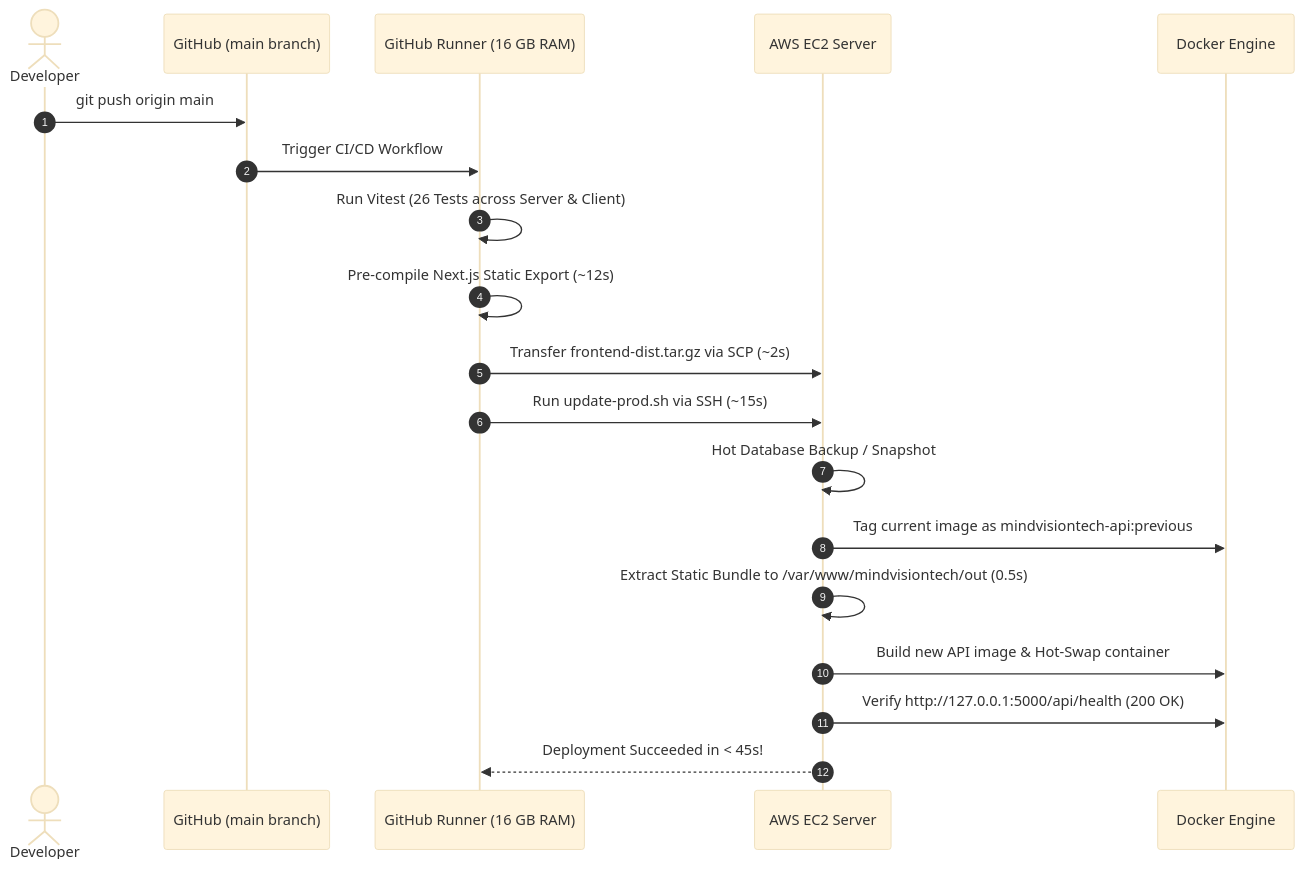
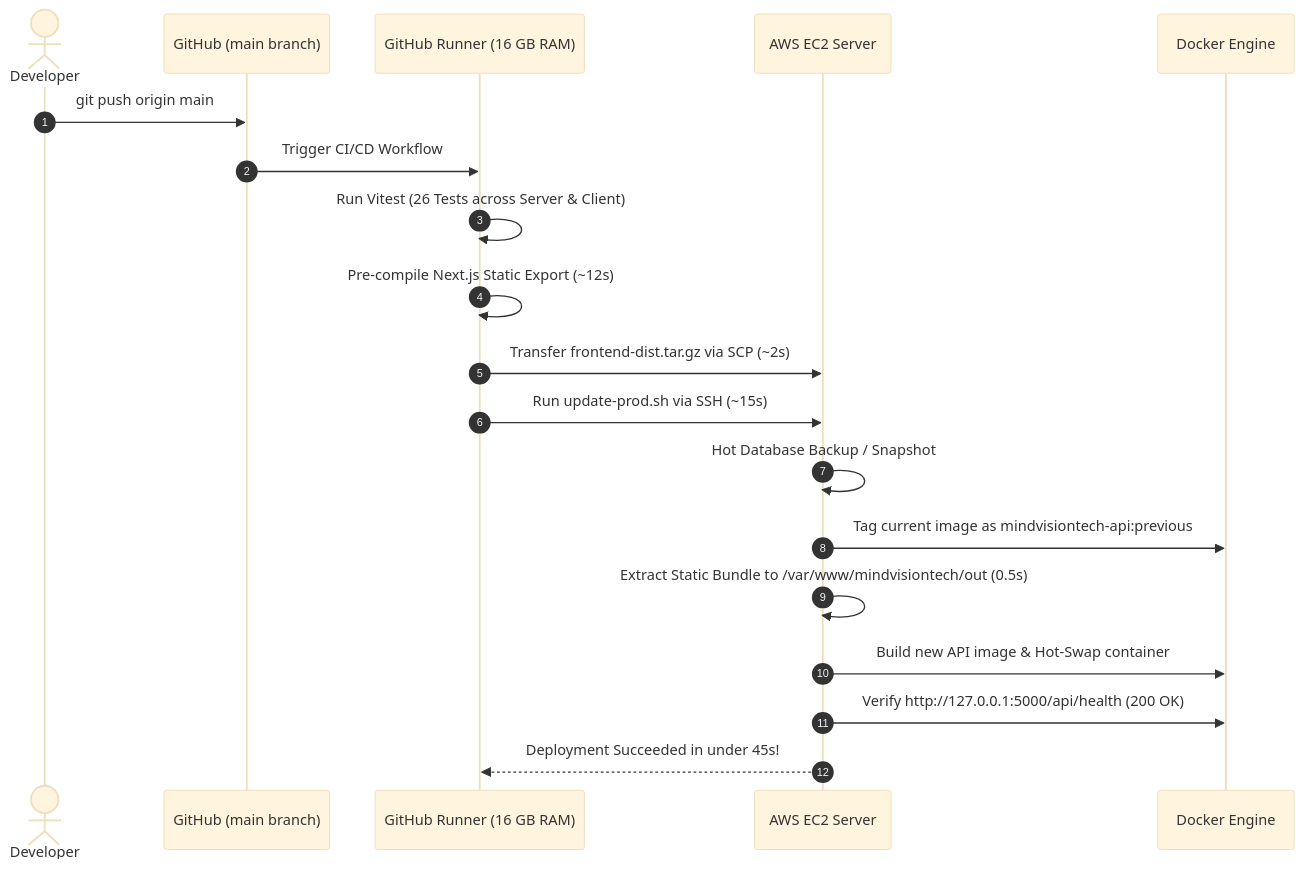
The second of 2 diagrams in README.md (vasanthakumarj2004/mindvisiontech), drawn with Mermaid (base theme) before and after one commit. The commit also changed other lines of this file and 1 other file, not shown here.

Commit message:
fix(docs): resolve Mermaid syntax errors to ensure flawless diagram rendering on GitHub

````diff
--- a/README.md
+++ b/README.md
@@ -221,22 +212,22 @@
 ```mermaid
 sequenceDiagram
     autonumber
     actor Dev as Developer
     participant Git as GitHub (main branch)
     participant Runner as GitHub Runner (16 GB RAM)
     participant EC2 as AWS EC2 Server
     participant Docker as Docker Engine
 
     Dev->>Git: git push origin main
     Git->>Runner: Trigger CI/CD Workflow
     Runner->>Runner: Run Vitest (26 Tests across Server & Client)
     Runner->>Runner: Pre-compile Next.js Static Export (~12s)
     Runner->>EC2: Transfer frontend-dist.tar.gz via SCP (~2s)
     Runner->>EC2: Run update-prod.sh via SSH (~15s)
     EC2->>EC2: Hot Database Backup / Snapshot
     EC2->>Docker: Tag current image as mindvisiontech-api:previous
     EC2->>EC2: Extract Static Bundle to /var/www/mindvisiontech/out (0.5s)
     EC2->>Docker: Build new API image & Hot-Swap container
     EC2->>Docker: Verify http://127.0.0.1:5000/api/health (200 OK)
-    EC2-->>Runner: Deployment Succeeded in < 45s!
+    EC2-->>Runner: Deployment Succeeded in under 45s!
 ```
````
